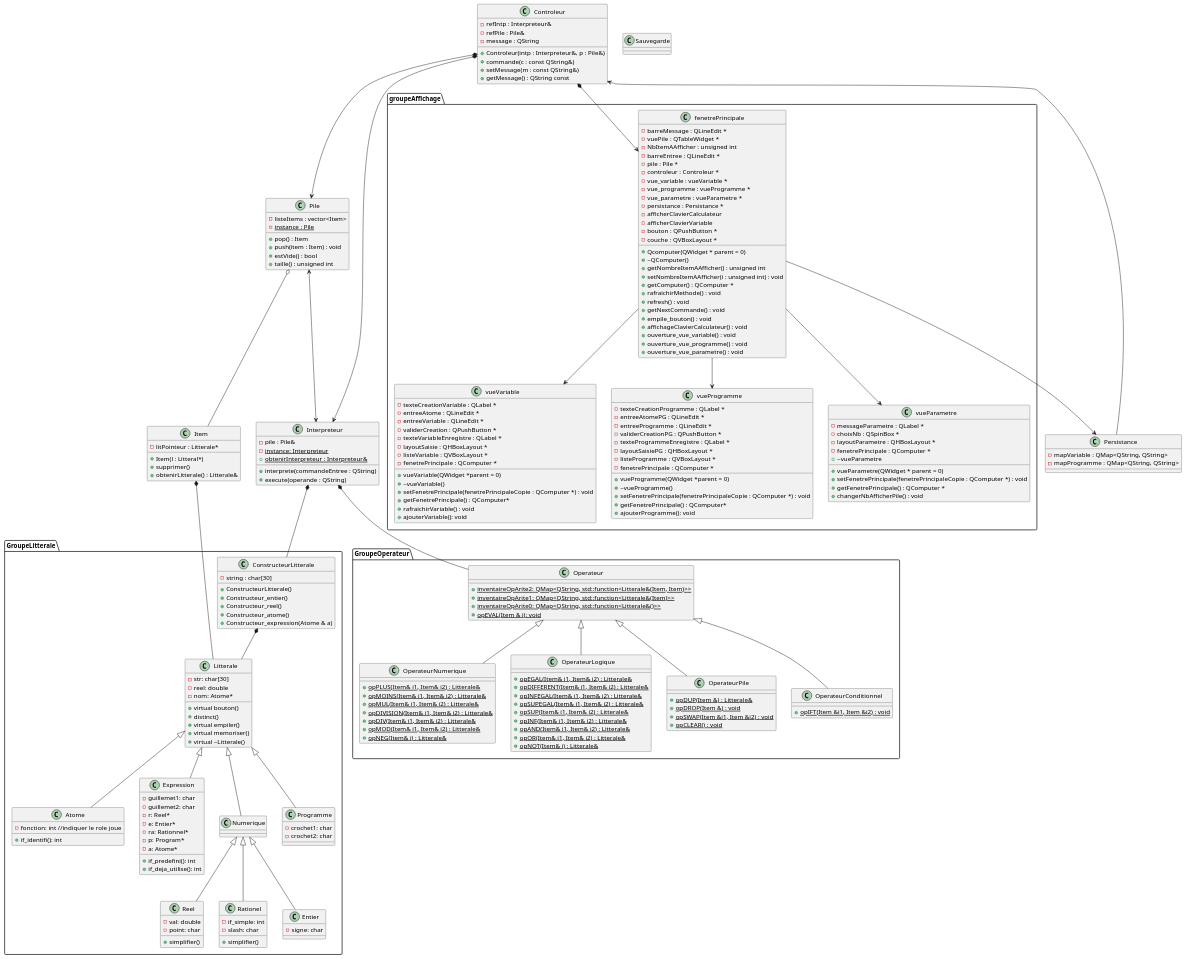
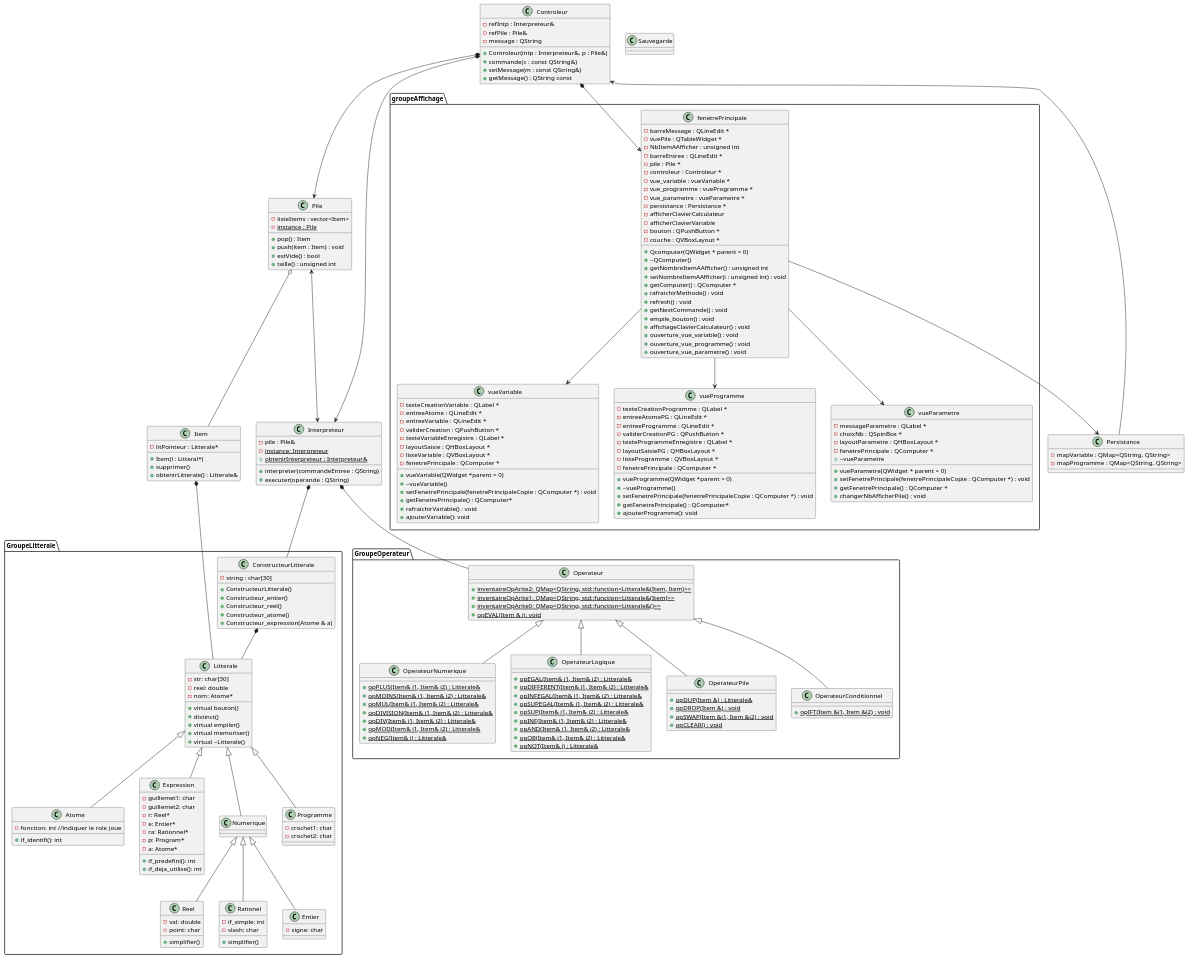
One commit to LouisJeanneau/LO21-Projet-CompUT changed the diagram in UML.puml. Above: the diagram before and after it, drawn with PlantUML. The commit also changed 17 other files, not shown here.

```diff
--- a/UML.puml
+++ b/UML.puml
@@ -147,8 +147,8 @@
 Class Interpreteur{
     -pile : Pile&
     -{static} instance: Interpreteur
-    +interprete(commandeEntree : QString)
-    +execute(operande : QString)
+    +interpreter(commandeEntree : QString)
+    +executer(operande : QString)
     +{static} obtenirInterpreteur : Interpreteur&
 }
 
```
